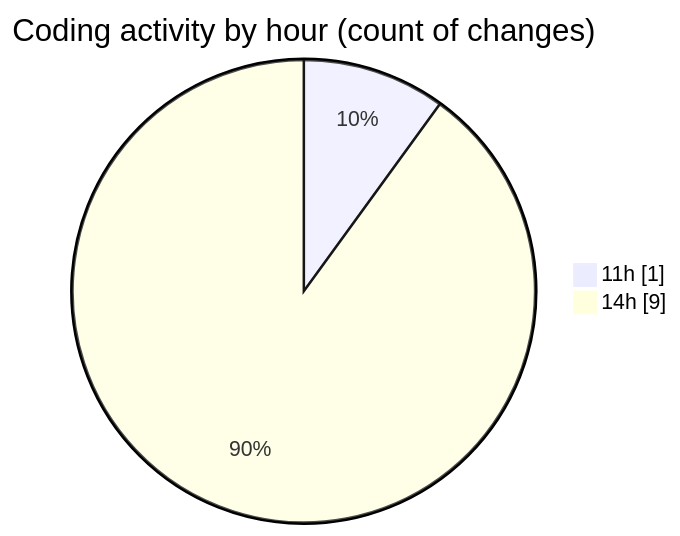
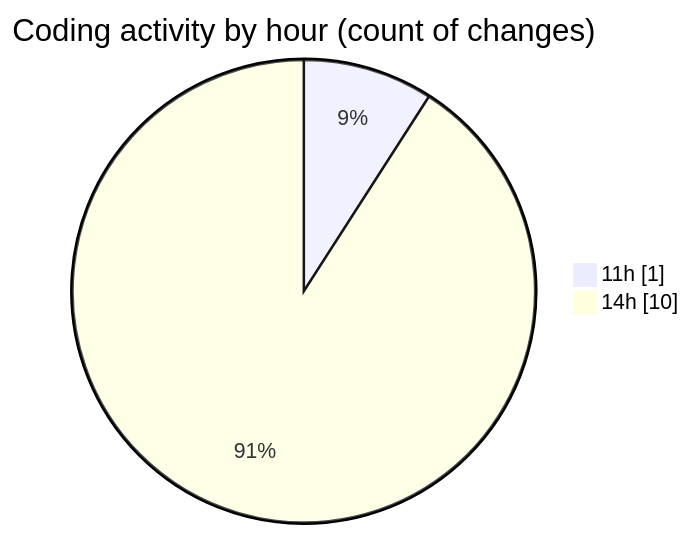
The second of 2 diagrams in 2025-12-29/budget_front_nest/README.md (igalym/code-tracking), drawn with Mermaid before and after one commit. The commit also changed other lines of this file and 1 other file, not shown here.

````diff
--- a/2025-12-29/budget_front_nest/README.md
+++ b/2025-12-29/budget_front_nest/README.md
@@ -32,6 +32,6 @@
 ```mermaid
 pie showData
 title Coding activity by hour (count of changes)
 "11h" : 1
-"14h" : 9
+"14h" : 10
 ```
````
